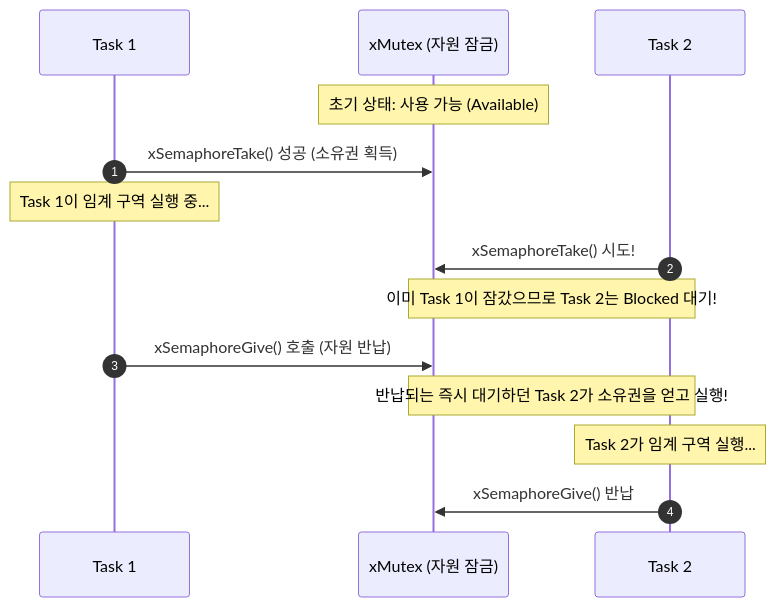
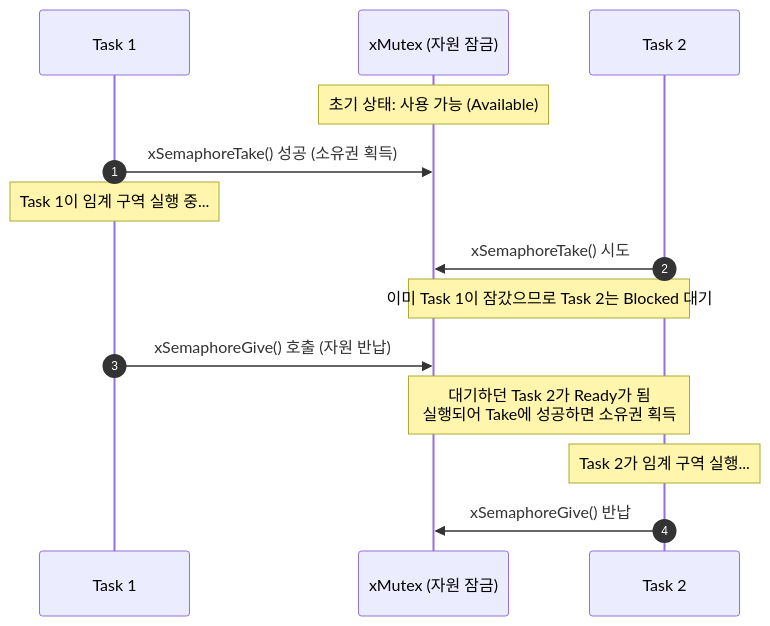
One commit to yunju-baek/FreeRTOS-Tutorials-ko changed the second of 2 diagrams in ko/guides/tutorial_13.md. Above: the diagram before and after it, drawn with Mermaid. The commit also changed other lines of this file and 37 other files, not shown here.

````diff
--- a/ko/guides/tutorial_13.md
+++ b/ko/guides/tutorial_13.md
@@ -58,17 +62,17 @@
 ```mermaid
 sequenceDiagram
     autonumber
     participant T1 as Task 1
     participant Mutex as xMutex (자원 잠금)
     participant T2 as Task 2
 
     Note over Mutex: 초기 상태: 사용 가능 (Available)
     T1->>Mutex: xSemaphoreTake() 성공 (소유권 획득)
     Note over T1: Task 1이 임계 구역 실행 중...
-    T2->>Mutex: xSemaphoreTake() 시도!
-    Note over T2,Mutex: 이미 Task 1이 잠갔으므로 Task 2는 Blocked 대기!
+    T2->>Mutex: xSemaphoreTake() 시도
+    Note over T2,Mutex: 이미 Task 1이 잠갔으므로 Task 2는 Blocked 대기
     T1->>Mutex: xSemaphoreGive() 호출 (자원 반납)
-    Note over Mutex,T2: 반납되는 즉시 대기하던 Task 2가 소유권을 얻고 실행!
+    Note over Mutex,T2: 대기하던 Task 2가 Ready가 됨<br/>실행되어 Take에 성공하면 소유권 획득
     Note over T2: Task 2가 임계 구역 실행...
     T2->>Mutex: xSemaphoreGive() 반납
 ```
````
